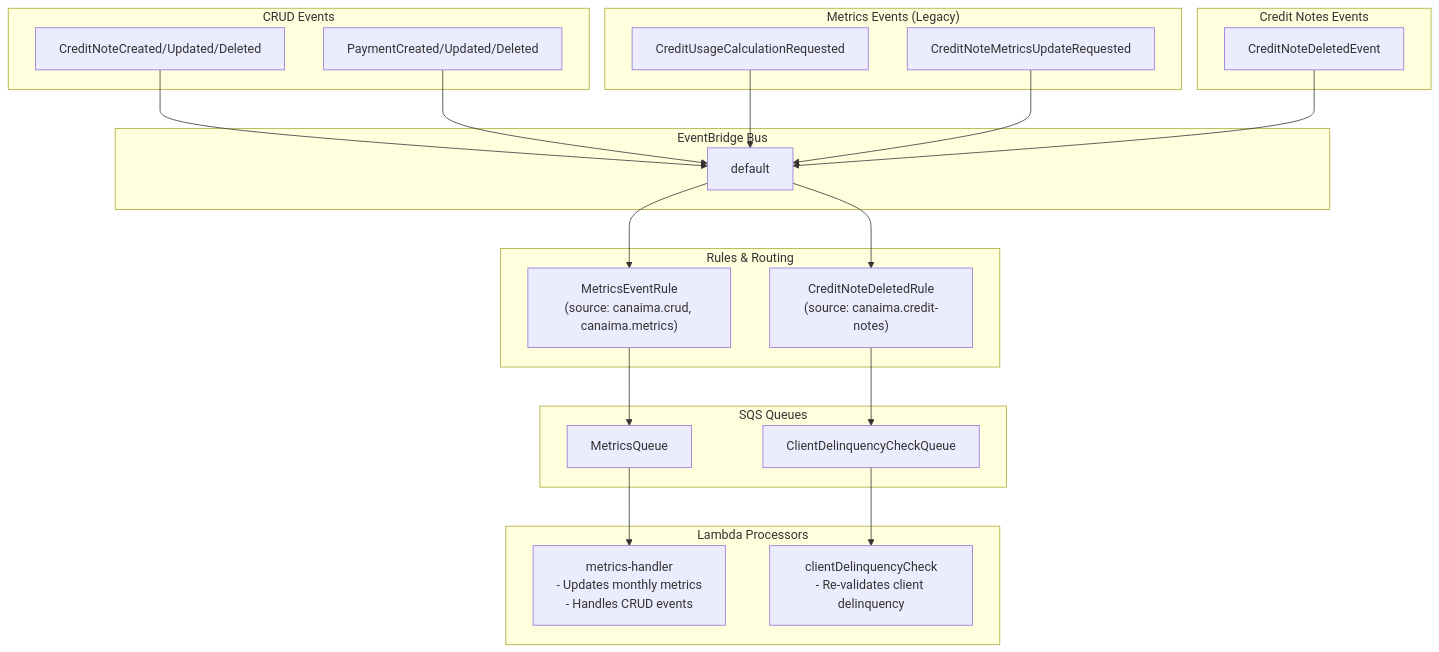
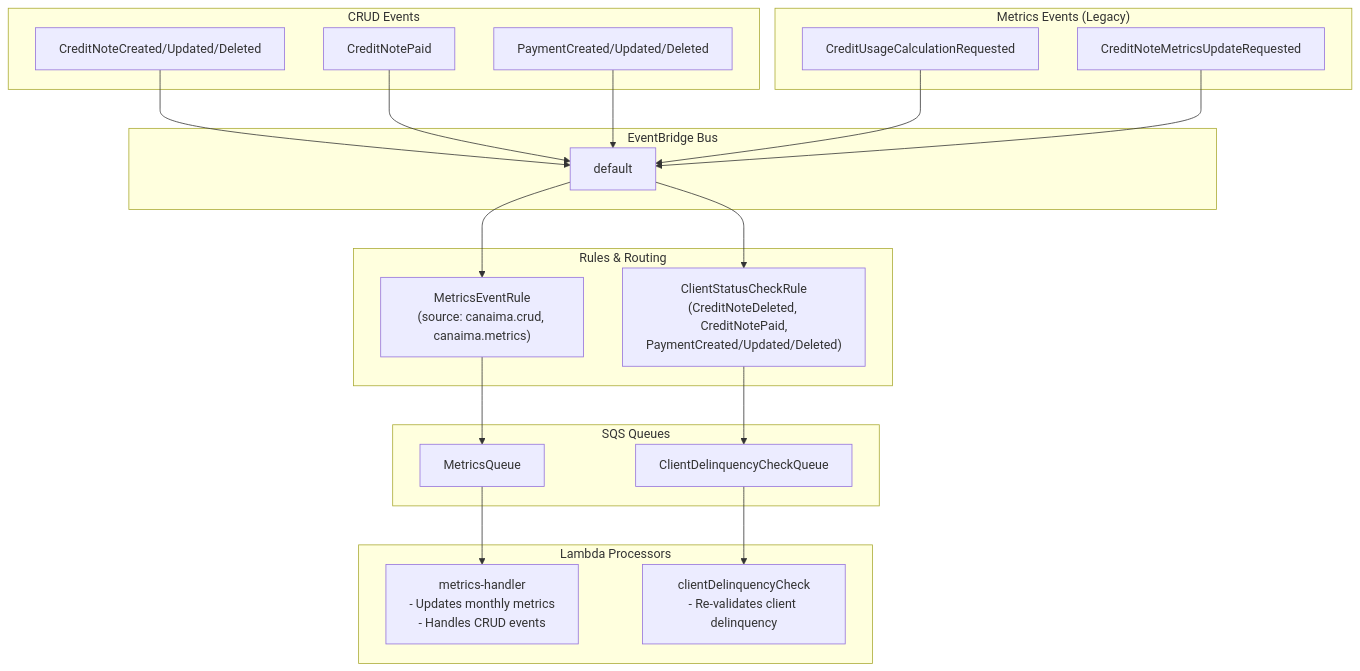
The diagram in EVENTBRIDGE_EVENTS.md (careinamo/canaima-backend), drawn with Mermaid before and after one commit. The commit also changed other lines of this file and 2 other files, not shown here.

First line of the commit message:
feat: agregar verificación de morosidad a eventos de Payment

````diff
--- a/EVENTBRIDGE_EVENTS.md
+++ b/EVENTBRIDGE_EVENTS.md
@@ -240,50 +281,47 @@
 ```mermaid
 graph TB
     subgraph "CRUD Events"
         CN["CreditNoteCreated/Updated/Deleted"]
+        CNP["CreditNotePaid"]
         PM["PaymentCreated/Updated/Deleted"]
     end
     
     subgraph "Metrics Events (Legacy)"
         CU["CreditUsageCalculationRequested"]
         CM["CreditNoteMetricsUpdateRequested"]
     end
     
-    subgraph "Credit Notes Events"
-        CND["CreditNoteDeletedEvent"]
-    end
-    
     subgraph "EventBridge Bus"
         EB["default"]
     end
     
     subgraph "Rules & Routing"
         MR["MetricsEventRule<br/>(source: canaima.crud, canaima.metrics)"]
-        CDR["CreditNoteDeletedRule<br/>(source: canaima.credit-notes)"]
+        CSR["ClientStatusCheckRule<br/>(CreditNoteDeleted, CreditNotePaid,<br/>PaymentCreated/Updated/Deleted)"]
     end
     
     subgraph "SQS Queues"
         MQ["MetricsQueue"]
         DCQ["ClientDelinquencyCheckQueue"]
     end
     
     subgraph "Lambda Processors"
         MH["metrics-handler<br/>- Updates monthly metrics<br/>- Handles CRUD events"]
         CDC["clientDelinquencyCheck<br/>- Re-validates client delinquency"]
     end
     
     CN --> EB
+    CNP --> EB
     PM --> EB
     CU --> EB
     CM --> EB
-    CND --> EB
     
     EB --> MR
-    EB --> CDR
+    EB --> CSR
     
     MR --> MQ
-    CDR --> DCQ
+    CSR --> DCQ
     
     MQ --> MH
     DCQ --> CDC
 ```
````
